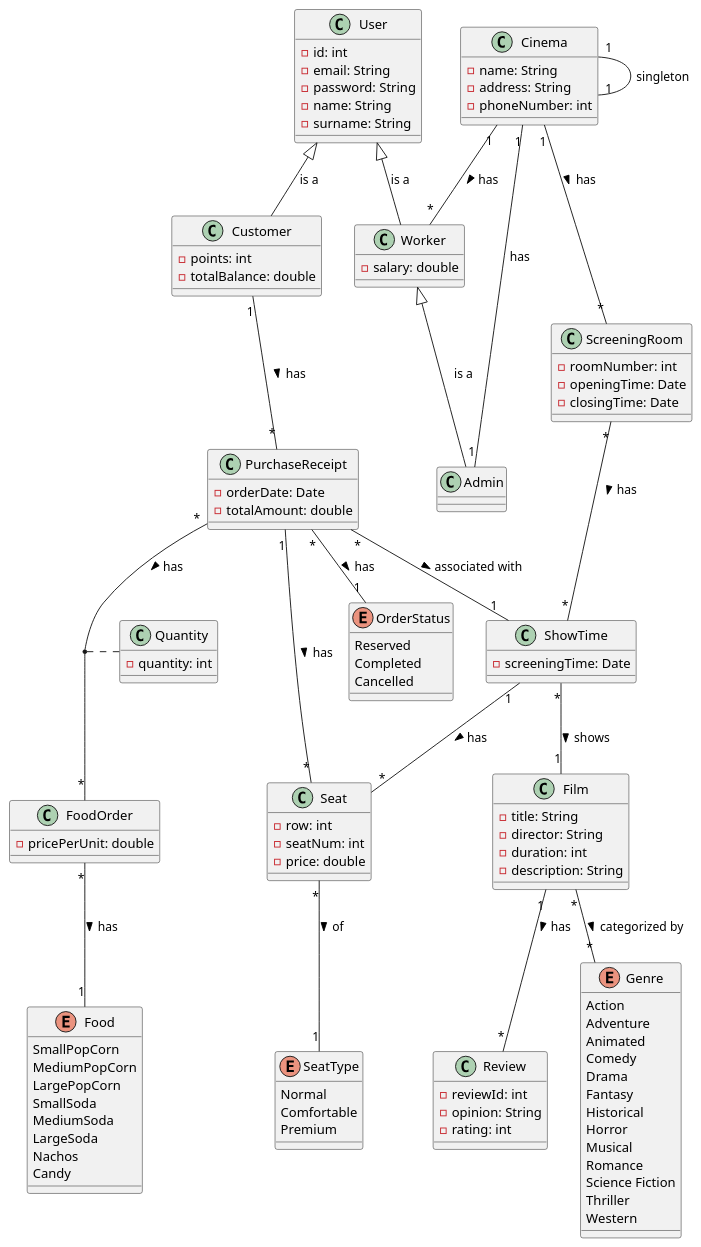
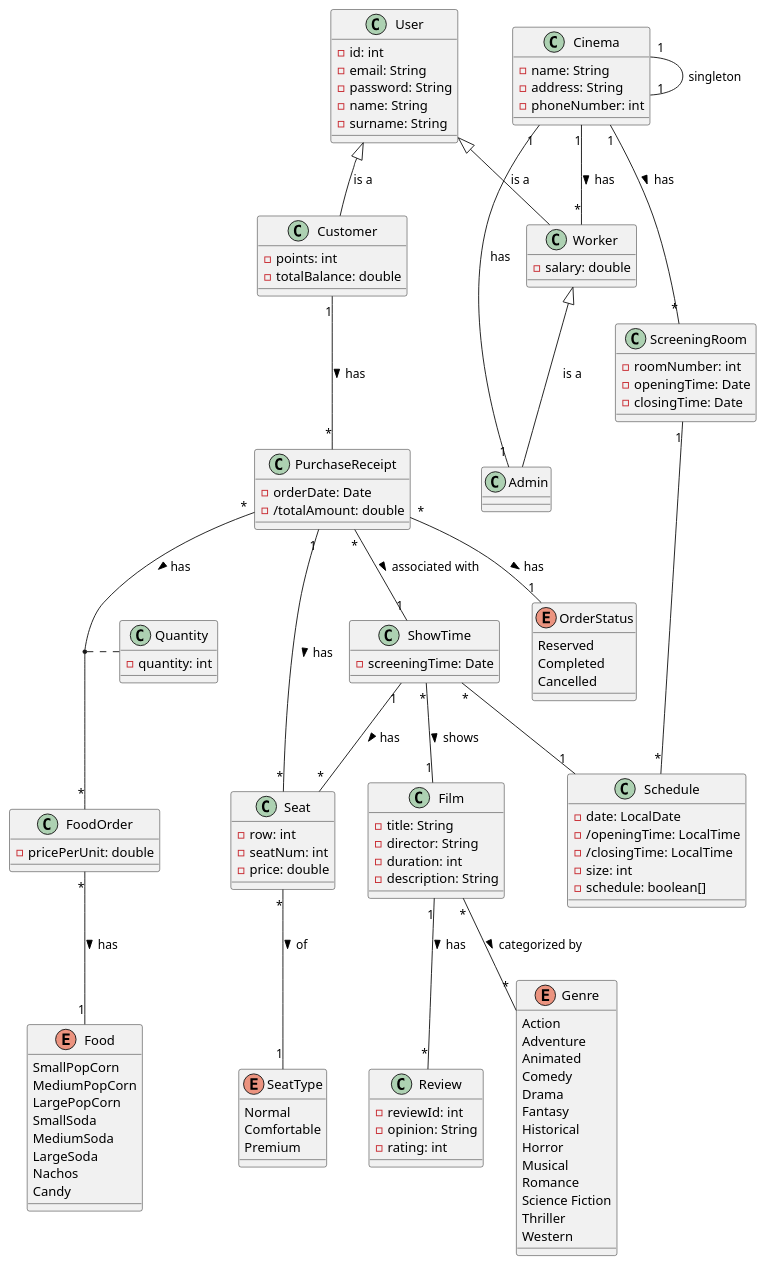
Before and after one commit to BenatErzibengoa/Cinema-app: the diagram in docs/Domain_Model/DomainModel.puml, drawn with PlantUML.

Commit message:
Add Schedule and some changes

```diff
--- a/docs/Domain_Model/DomainModel.puml
+++ b/docs/Domain_Model/DomainModel.puml
@@ -2,135 +2,144 @@
 @startuml
 class User{
   -id: int
   -email: String
   -password: String
   -name: String
   -surname: String
 
 }
 
 class Customer{
   -points: int
   -totalBalance: double
 }
 
 class Worker{
     -salary: double
 }
 
 class Admin{
 }
 
 class Cinema{
     -name: String
     -address: String
     -phoneNumber: int
 }
 
 class PurchaseReceipt{
   -orderDate: Date
-  -totalAmount: double
+  -/totalAmount: double
+}
+
+class Schedule{
+  -date: LocalDate
+  -/openingTime: LocalTime
+  -/closingTime: LocalTime
+  -size: int
+  -schedule: boolean[]
 }
 
 class FoodOrder{
   -pricePerUnit: double
 }
 
 class ScreeningRoom{
   -roomNumber: int
   -openingTime: Date
   -closingTime: Date
 }
 
 class ShowTime{
   -screeningTime: Date
 }
 
 class Film{
   -title: String
   -director: String
   -duration: int
   -description: String
 }
 
 class Review{
   -reviewId: int
   -opinion: String
   -rating: int
 }
 
 class Seat{
   -row: int
   -seatNum: int
   -price: double
 }
 
 class Quantity{
   -quantity: int
 }
 
 enum Genre{
   Action
   Adventure
   Animated
   Comedy
   Drama
   Fantasy
   Historical
   Horror
   Musical
   Romance
   Science Fiction
   Thriller
   Western
 }
 
 enum OrderStatus{
   Reserved
   Completed
   Cancelled
 }
 
 enum Food{
   SmallPopCorn
   MediumPopCorn
   LargePopCorn
   SmallSoda
   MediumSoda
   LargeSoda
   Nachos
   Candy
 }
 
 enum SeatType{
   Normal
   Comfortable
   Premium
 }
 
 User <|-- Customer: is a
 User <|-- Worker: is a
 Worker<|-- Admin: is a
 
 Customer "1" -- "*" PurchaseReceipt: has >
 Cinema "1" -- "*" ScreeningRoom: has >
 Cinema "1" -- "1" Cinema: singleton
 Cinema "1" -- "1" Admin: has
 Cinema "1" -- "*" Worker: has >
 
-ScreeningRoom "*" -- "*" ShowTime: has >
+ScreeningRoom "1" -- "*" Schedule
 ShowTime "1" -- "*" Seat: has >
+ShowTime "*" -- "1" Schedule
 
 Seat "*" -- "1" SeatType: of >
 ShowTime "*" -- "1" Film: shows >
 Film "1" -- "*" Review: has >
 Film "*" -- "*" Genre : categorized by >
 
 PurchaseReceipt "1" -- "*" Seat: has >
 PurchaseReceipt "*" -- "1" ShowTime: associated with >
 PurchaseReceipt "*" -- "1" OrderStatus : has >
 PurchaseReceipt "*" -- "*" FoodOrder: has >
 
 FoodOrder "*" -- "1" Food: has >
 (PurchaseReceipt, FoodOrder) .. Quantity
 @enduml
```
